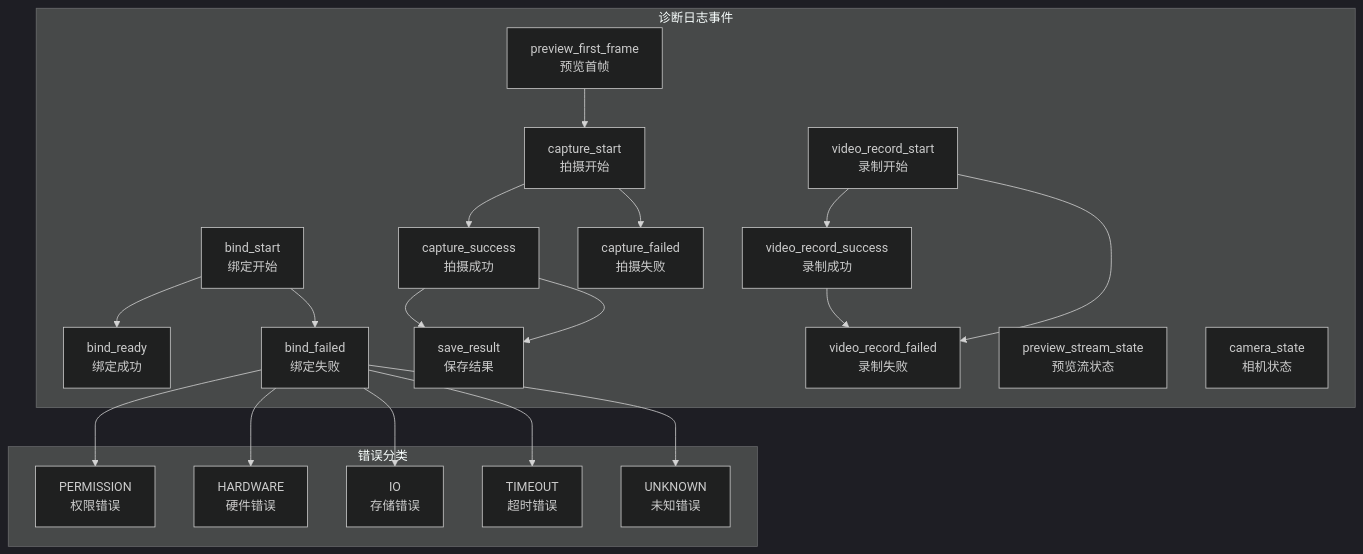
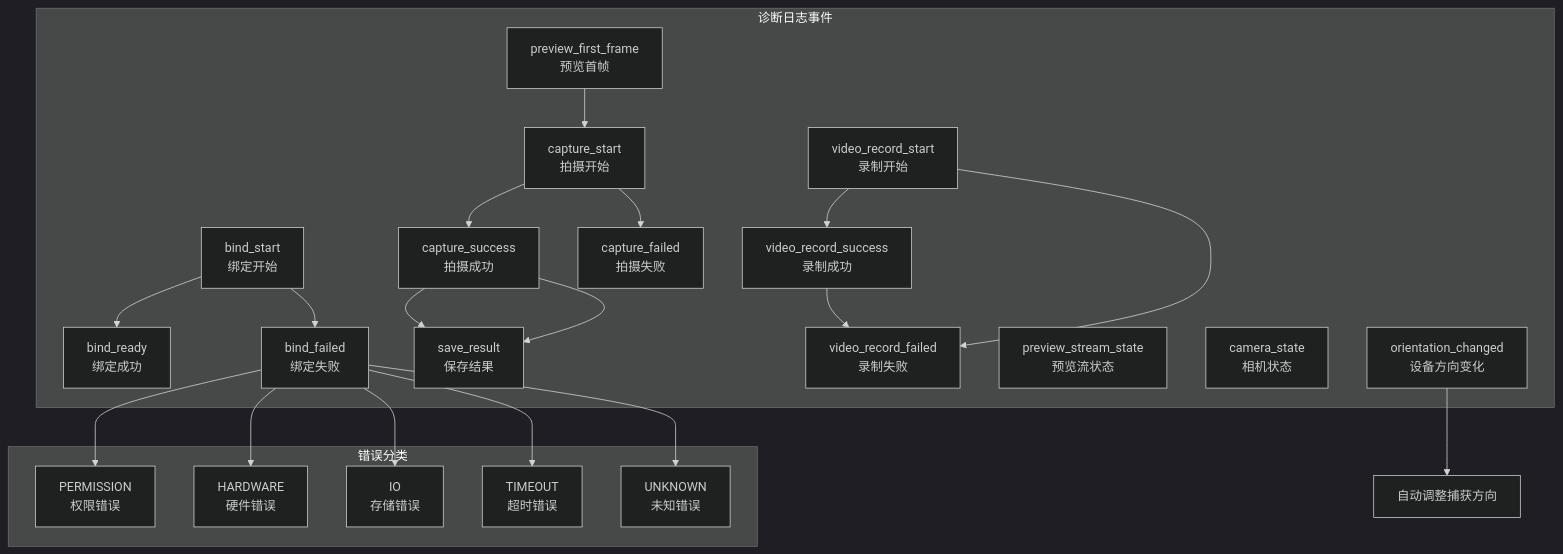
One commit to wanhongbo/ai-photo-vault changed diagram 18 of 19 in .qoder/repowiki/zh/content/项目概述/核心功能特性/私密拍照功能.md. Above: the diagram before and after it, drawn with Mermaid (dark theme). The commit also changed other lines of this file and 6 other files, not shown here.

````diff
--- a/.qoder/repowiki/zh/content/项目概述/核心功能特性/私密拍照功能.md
+++ b/.qoder/repowiki/zh/content/项目概述/核心功能特性/私密拍照功能.md
@@ -523,38 +736,40 @@
 ```mermaid
 graph TB
 subgraph "诊断日志事件"
 A["bind_start<br/>绑定开始"]
 B["bind_ready<br/>绑定成功"]
 C["bind_failed<br/>绑定失败"]
 D["preview_first_frame<br/>预览首帧"]
 E["capture_start<br/>拍摄开始"]
 F["capture_success<br/>拍摄成功"]
 F --> G["save_result<br/>保存结果"]
 H["video_record_start<br/>录制开始"]
 I["video_record_success<br/>录制成功"]
 I --> J["video_record_failed<br/>录制失败"]
 K["capture_failed<br/>拍摄失败"]
 L["preview_stream_state<br/>预览流状态"]
 M["camera_state<br/>相机状态"]
+N["orientation_changed<br/>设备方向变化"]
 end
 subgraph "错误分类"
-N["PERMISSION<br/>权限错误"]
-O["HARDWARE<br/>硬件错误"]
-P["IO<br/>存储错误"]
-Q["TIMEOUT<br/>超时错误"]
-R["UNKNOWN<br/>未知错误"]
+O["PERMISSION<br/>权限错误"]
+P["HARDWARE<br/>硬件错误"]
+Q["IO<br/>存储错误"]
+R["TIMEOUT<br/>超时错误"]
+S["UNKNOWN<br/>未知错误"]
 end
 A --> B
 A --> C
 D --> E
 E --> F
 E --> K
 F --> G
 H --> I
 H --> J
-C --> N
 C --> O
 C --> P
 C --> Q
 C --> R
+C --> S
+N --> OrientationAdjust["自动调整捕获方向"]
 ```
````
